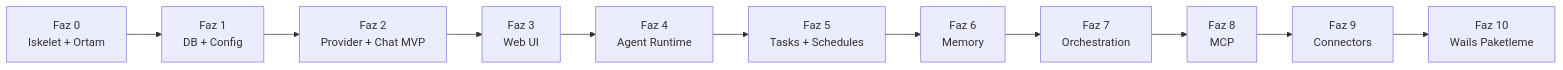
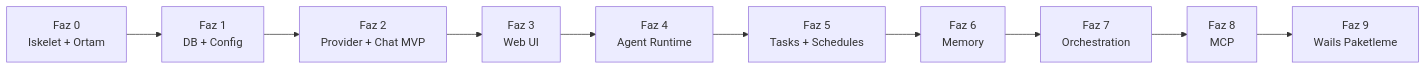
Before and after one commit to bilal-arikan/tionharness: the diagram in _Docs/03-YOL-HARITASI.md, drawn with Mermaid. The commit also changed other lines of this file and 6 other files, not shown here.

First line of the commit message:
docs: drop Connectors feature; renumber Wails to Faz 9

````diff
--- a/_Docs/03-YOL-HARITASI.md
+++ b/_Docs/03-YOL-HARITASI.md
@@ -5,13 +5,12 @@
 ```mermaid
 graph LR
     F0[Faz 0<br/>Iskelet + Ortam] --> F1[Faz 1<br/>DB + Config]
     F1 --> F2[Faz 2<br/>Provider + Chat MVP]
     F2 --> F3[Faz 3<br/>Web UI]
     F3 --> F4[Faz 4<br/>Agent Runtime]
     F4 --> F5[Faz 5<br/>Tasks + Schedules]
     F5 --> F6[Faz 6<br/>Memory]
     F6 --> F7[Faz 7<br/>Orchestration]
     F7 --> F8[Faz 8<br/>MCP]
-    F8 --> F9[Faz 9<br/>Connectors]
-    F9 --> F10[Faz 10<br/>Wails Paketleme]
+    F8 --> F9[Faz 9<br/>Wails Paketleme]
 ```
````
